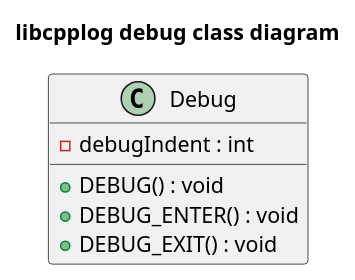
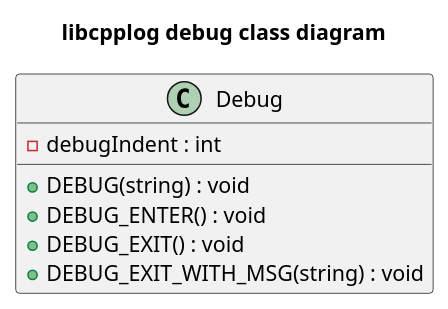
Before and after one commit to kfpgk/libcpplog: the diagram in libcpplog/debug/doc/class.puml, drawn with PlantUML. The commit also changed 5 other files, not shown here.

Commit message:
Add and update plantuml class and package diagrams

```diff
--- a/libcpplog/debug/doc/class.puml
+++ b/libcpplog/debug/doc/class.puml
@@ -1,12 +1,13 @@
 @startuml debug-class-diagram
 
 title libcpplog debug class diagram
 
 class Debug {
     - debugIndent : int
-    + DEBUG() : void
+    + DEBUG(string) : void
     + DEBUG_ENTER() : void
     + DEBUG_EXIT() : void
+    + DEBUG_EXIT_WITH_MSG(string) : void
 }
 
 @enduml
```
